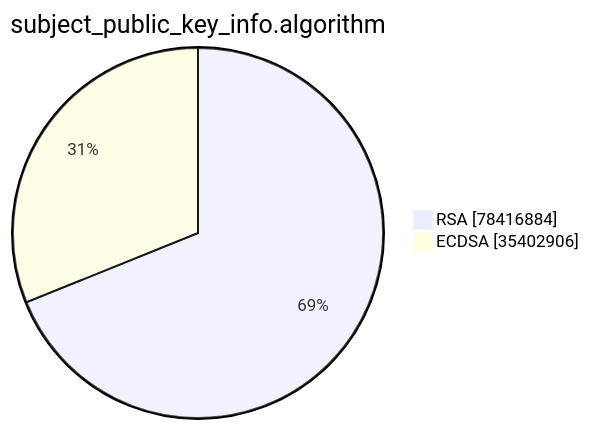
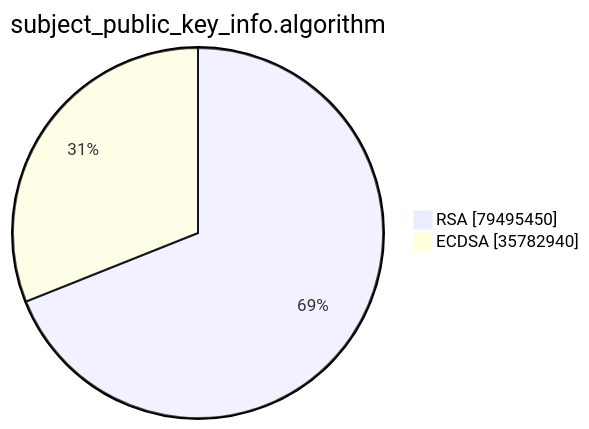
The second of 15 diagrams in xenon2023/README.md (christiankrug/ctmonitor_visualization), drawn with Mermaid before and after one commit. The commit also changed other lines of this file, not shown here.

````diff
--- a/xenon2023/README.md
+++ b/xenon2023/README.md
@@ -6,6 +6,6 @@
 ```mermaid
 pie showData
 title subject_public_key_info.algorithm
-"RSA" :78416884
-"ECDSA" :35402906
+"RSA" :79495450
+"ECDSA" :35782940
 ```
````
